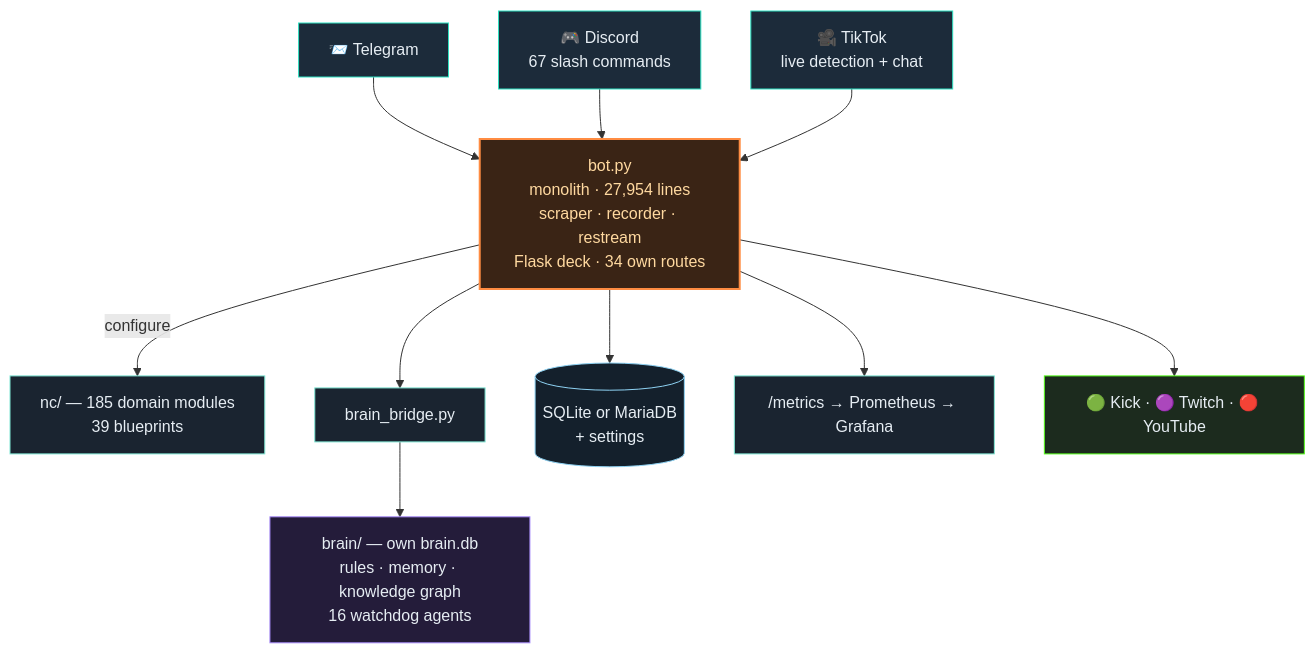
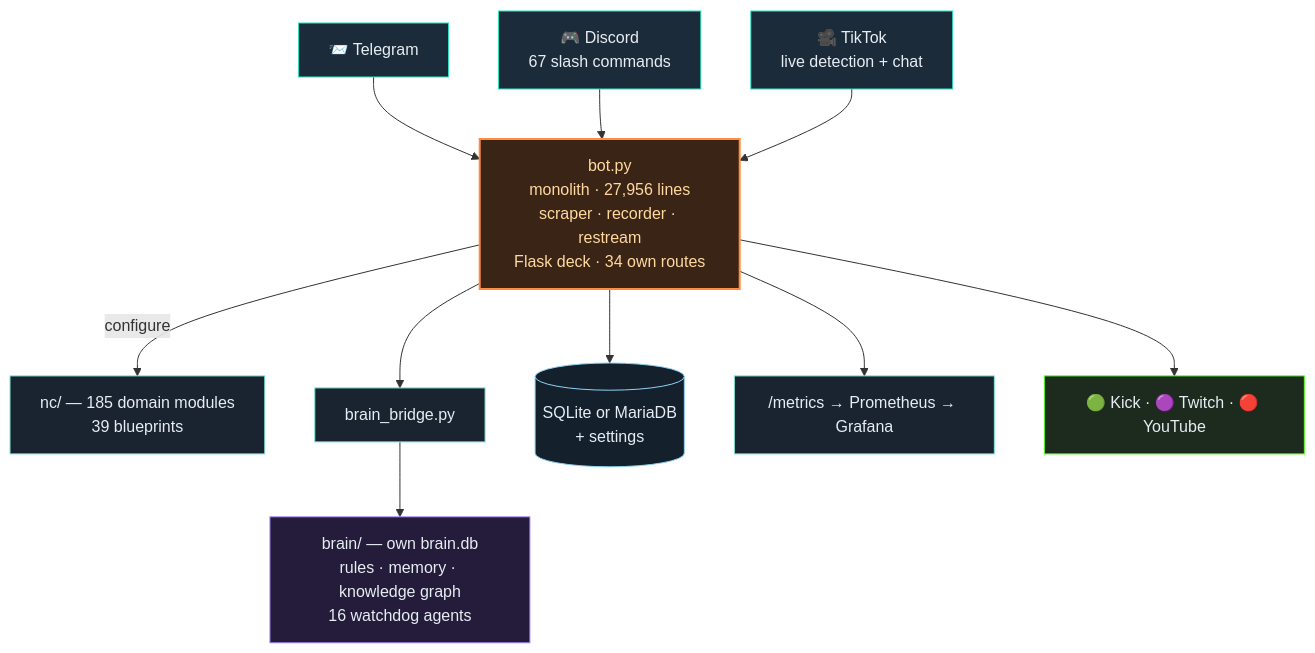
Before and after one commit to itsamemedev/Telegram-Stream-Info-Bot: the second of 3 diagrams in README.en.md, drawn with Mermaid. The commit also changed other lines of this file and 18 other files, not shown here.

````diff
--- a/README.en.md
+++ b/README.en.md
@@ -119,19 +119,19 @@
 ```mermaid
 flowchart TB
     TG["📨 Telegram"]:::ein --> BOT
     DC["🎮 Discord<br/>67 slash commands"]:::ein --> BOT
     TT["🎥 TikTok<br/>live detection + chat"]:::ein --> BOT
-    BOT["bot.py<br/>monolith · 27,954 lines<br/>scraper · recorder · restream<br/>Flask deck · 34 own routes"]:::core
+    BOT["bot.py<br/>monolith · 27,956 lines<br/>scraper · recorder · restream<br/>Flask deck · 34 own routes"]:::core
     BOT -->|configure| NC["nc/ — 185 domain modules<br/>39 blueprints"]:::lib
     BOT --> BR["brain_bridge.py"]:::lib
     BR --> BRAIN["brain/ — own brain.db<br/>rules · memory · knowledge graph<br/>16 watchdog agents"]:::brain
     BOT --> DB[("SQLite or MariaDB<br/>+ settings")]:::db
     BOT --> PROM["/metrics → Prometheus → Grafana"]:::lib
     BOT --> OUT["🟢 Kick · 🟣 Twitch · 🔴 YouTube"]:::out
     classDef ein fill:#1c2b3a,stroke:#2de1c2,color:#e6edf3
     classDef core fill:#3a2415,stroke:#ff8c42,stroke-width:2px,color:#ffd9a0
     classDef lib fill:#1a2430,stroke:#7fe7d4,color:#e6edf3
     classDef brain fill:#241c3a,stroke:#a78bfa,color:#e6edf3
     classDef db fill:#14202c,stroke:#8fd3f4,color:#e6edf3
     classDef out fill:#1c2b1e,stroke:#53fc18,color:#e6edf3
 ```
````
